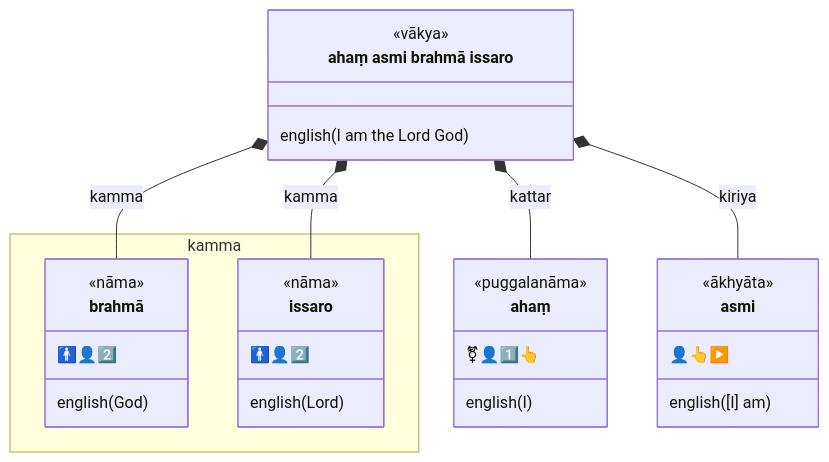
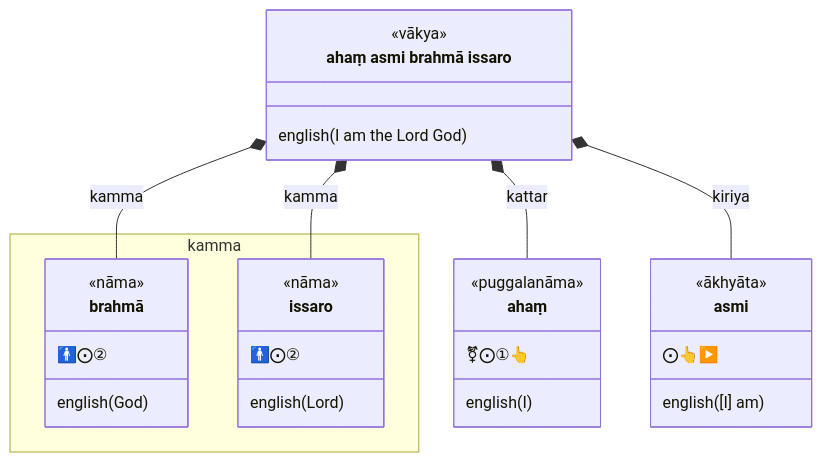
One commit to ChristineTham/buddhavacana changed the tenth of 60 diagrams in content/en/docs/Pali/sentences.md. Above: the diagram before and after it, drawn with Mermaid. The commit also changed other lines of this file and 71 other files, not shown here.

````diff
--- a/content/en/docs/Pali/sentences.md
+++ b/content/en/docs/Pali/sentences.md
@@ -335,33 +335,33 @@
 ```mermaid
 classDiagram
   class sentence["ahaṃ asmi brahmā issaro"] {
     <<vākya>>
     english(I am the Lord God)
   }
   class ahaṃ {
     <<puggalanāma>>
-    ⚧👤1️⃣👆
+    ⚧⨀①👆
     english(I)
   }
   class asmi {
     <<ākhyāta>>
-     👤👆▶️
+     ⨀👆▶️
     english([I] am)
   }
   namespace kamma {
     class brahmā {
       <<nāma>>
-      🚹👤2️⃣
+      🚹⨀②
       english(God)
     }
     class issaro {
       <<nāma>>
-      🚹👤2️⃣
+      🚹⨀②
       english(Lord)
     }
   }
   sentence *-- ahaṃ : kattar
   sentence *-- asmi: kiriya
   sentence *-- brahmā : kamma
   sentence *-- issaro : kamma
 ```
````
